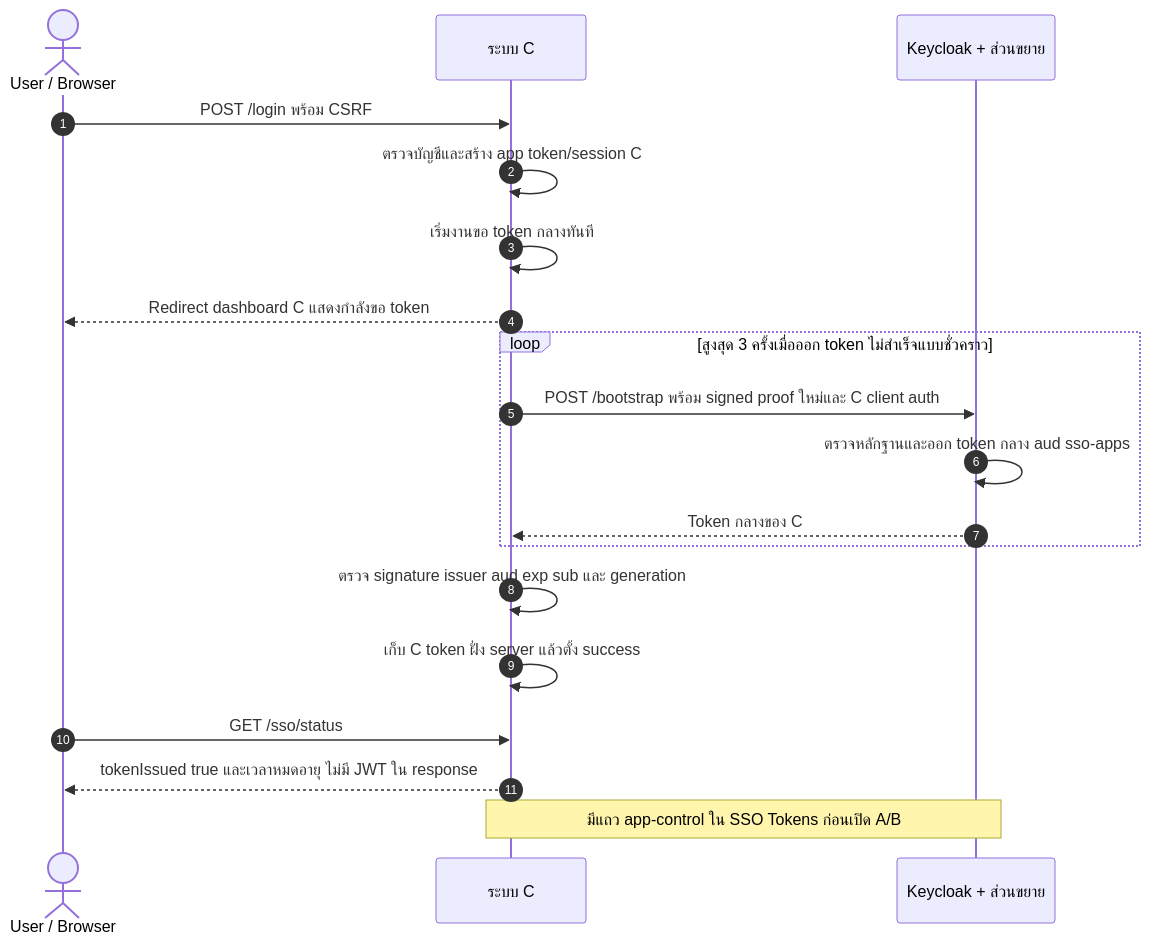
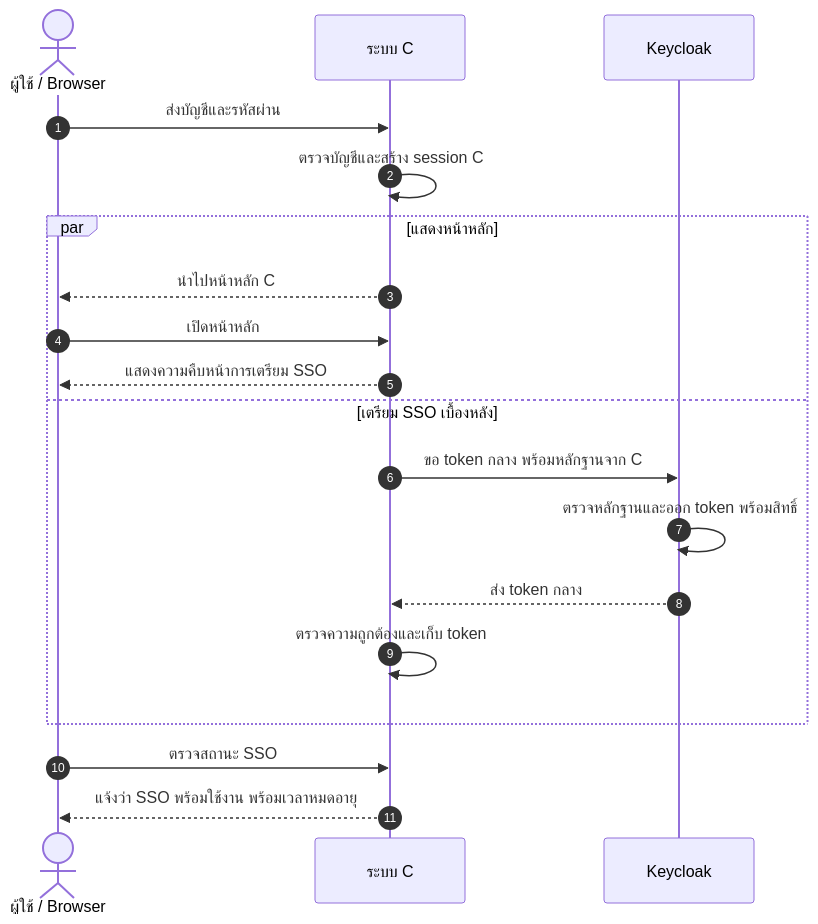
Before and after one commit to Sin1apachai/poc_sso: the third of 22 diagrams in docs/flows/LOGIN-AND-SESSION.md, drawn with Mermaid. The commit also changed other lines of this file and 69 other files, not shown here.

Commit message:
Add IdP heartbeat, Keycloak API collection and revised SSO guides

````diff
--- a/docs/flows/LOGIN-AND-SESSION.md
+++ b/docs/flows/LOGIN-AND-SESSION.md
@@ -48,21 +55,21 @@
 ```mermaid
 sequenceDiagram
     autonumber
-    actor U as User / Browser
+    actor U as ผู้ใช้ / Browser
     participant C as ระบบ C
-    participant K as Keycloak + ส่วนขยาย
-    U->>C: POST /login พร้อม CSRF
-    C->>C: ตรวจบัญชีและสร้าง app token/session C
-    C->>C: เริ่มงานขอ token กลางทันที
-    C-->>U: Redirect dashboard C แสดงกำลังขอ token
-    loop สูงสุด 3 ครั้งเมื่อออก token ไม่สำเร็จแบบชั่วคราว
-        C->>K: POST /bootstrap พร้อม signed proof ใหม่และ C client auth
-        K->>K: ตรวจหลักฐานและออก token กลาง aud sso-apps
-        K-->>C: Token กลางของ C
+    participant K as Keycloak
+    U->>C: ส่งบัญชีและรหัสผ่าน
+    C->>C: ตรวจบัญชีและสร้าง session C
+    par แสดงหน้าหลัก
+        C-->>U: นำไปหน้าหลัก C
+        U->>C: เปิดหน้าหลัก
+        C-->>U: แสดงความคืบหน้าการเตรียม SSO
+    and เตรียม SSO เบื้องหลัง
+        C->>K: ขอ token กลาง พร้อมหลักฐานจาก C
+        K->>K: ตรวจหลักฐานและออก token พร้อมสิทธิ์
+        K-->>C: ส่ง token กลาง
+        C->>C: ตรวจความถูกต้องและเก็บ token
     end
-    C->>C: ตรวจ signature issuer aud exp sub และ generation
-    C->>C: เก็บ C token ฝั่ง server แล้วตั้ง success
-    U->>C: GET /sso/status
-    C-->>U: tokenIssued true และเวลาหมดอายุ ไม่มี JWT ใน response
-    Note over C,K: มีแถว app-control ใน SSO Tokens ก่อนเปิด A/B
+    U->>C: ตรวจสถานะ SSO
+    C-->>U: แจ้งว่า SSO พร้อมใช้งาน พร้อมเวลาหมดอายุ
 ```
````
